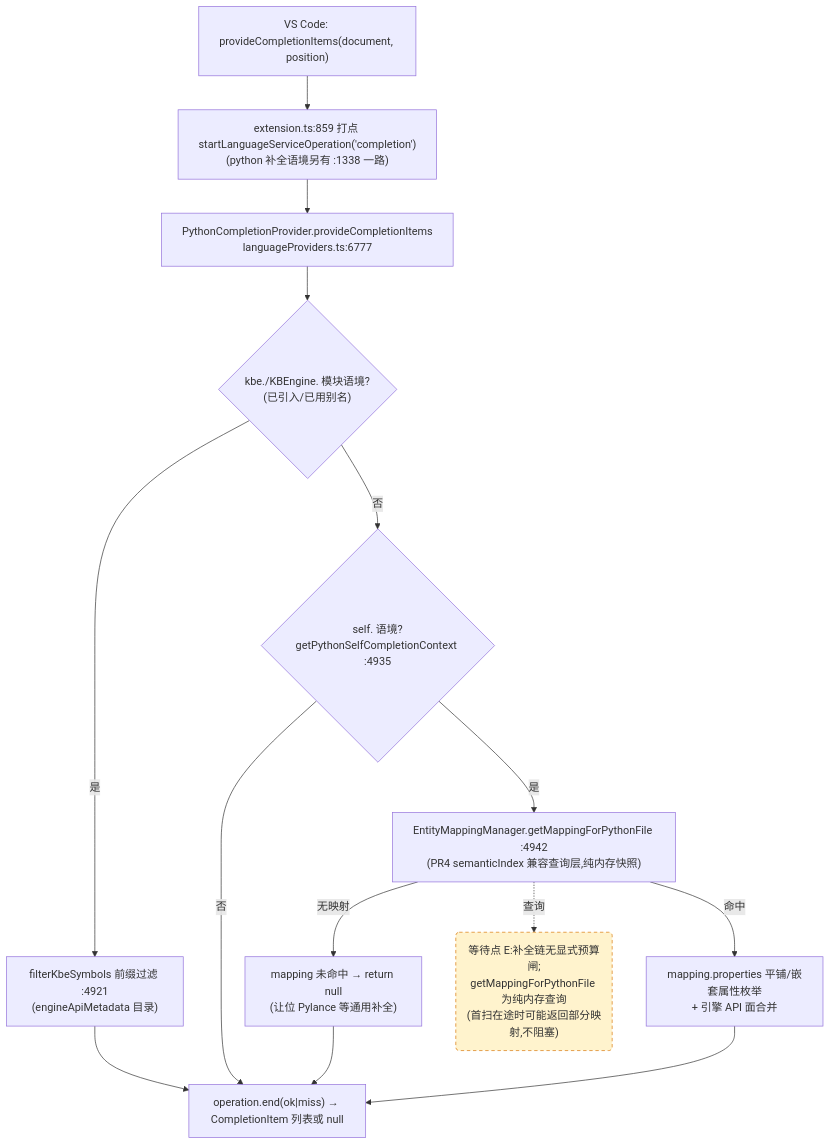
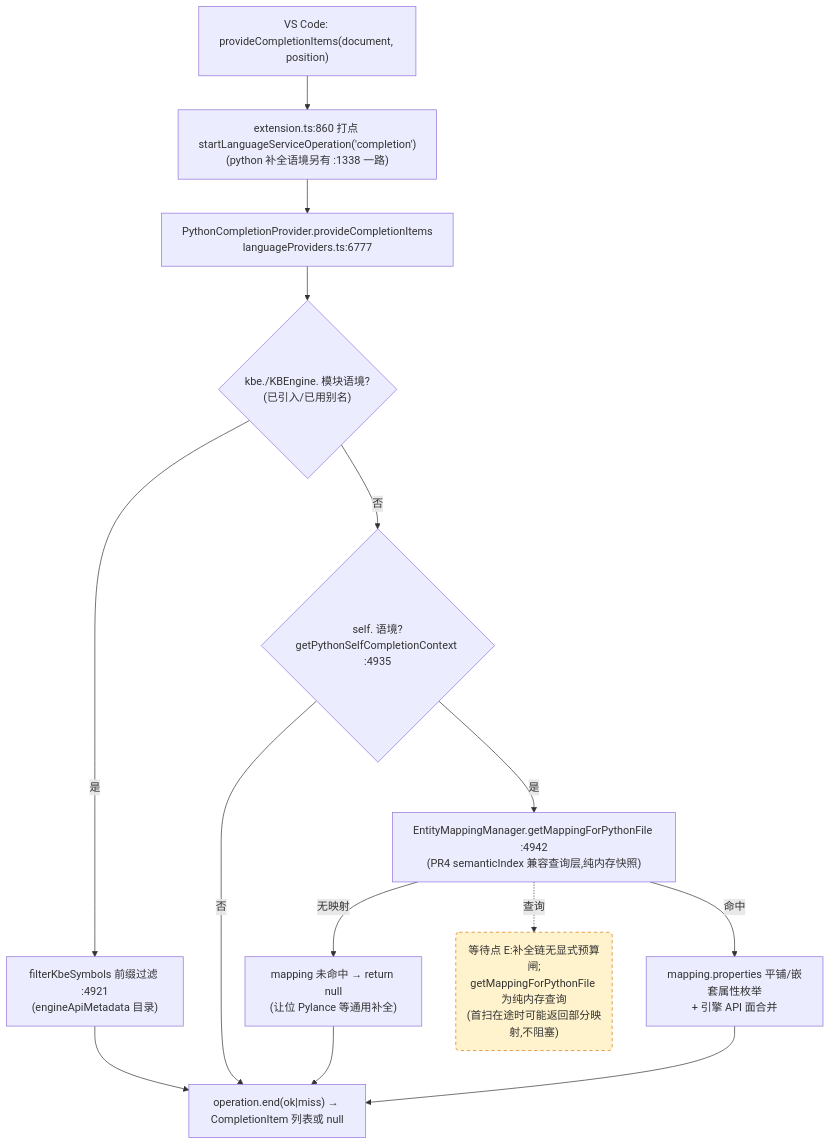
One commit to cuihairu/kode changed the third of 4 diagrams in docs/perf/2026-baseline.md. Above: the diagram before and after it, drawn with Mermaid. The commit also changed other lines of this file and 18 other files, not shown here.

````diff
--- a/docs/perf/2026-baseline.md
+++ b/docs/perf/2026-baseline.md
@@ -184,27 +184,27 @@
 ```mermaid
 flowchart TD
   VC3["VS Code: provideCompletionItems(document, position)"]
-  M3["extension.ts:859 打点 startLanguageServiceOperation('completion')<br/>(python 补全语境另有 :1338 一路)"]
+  M3["extension.ts:860 打点 startLanguageServiceOperation('completion')<br/>(python 补全语境另有 :1338 一路)"]
   CP["PythonCompletionProvider.provideCompletionItems<br/>languageProviders.ts:6777"]
   KBEC{"kbe./KBEngine. 模块语境?<br/>(已引入/已用别名)"}
   FILTER["filterKbeSymbols 前缀过滤 :4921<br/>(engineApiMetadata 目录)"]
   SELFC{"self. 语境?<br/>getPythonSelfCompletionContext :4935"}
   MAP["EntityMappingManager.getMappingForPythonFile :4942<br/>(PR4 semanticIndex 兼容查询层,纯内存快照)"]
   NOMAP["mapping 未命中 → return null<br/>(让位 Pylance 等通用补全)"]
   PROPS["mapping.properties 平铺/嵌套属性枚举<br/>+ 引擎 API 面合并"]
   END3["operation.end(ok|miss) → CompletionItem 列表或 null"]
 
   VC3 --> M3 --> CP --> KBEC
   KBEC -- "是" --> FILTER --> END3
   KBEC -- "否" --> SELFC
   SELFC -- "否" --> END3
   SELFC -- "是" --> MAP
   MAP -- "无映射" --> NOMAP --> END3
   MAP -- "命中" --> PROPS --> END3
 
   WAITE("等待点 E:补全链无显式预算闸;<br/>getMappingForPythonFile 为纯内存查询<br/>(首扫在途时可能返回部分映射,不阻塞)")
   MAP -.->|查询| WAITE
 
   classDef waitPoint fill:#fff3cd,stroke:#d97706,stroke-dasharray:5 4;
   class WAITE waitPoint;
 ```
````
